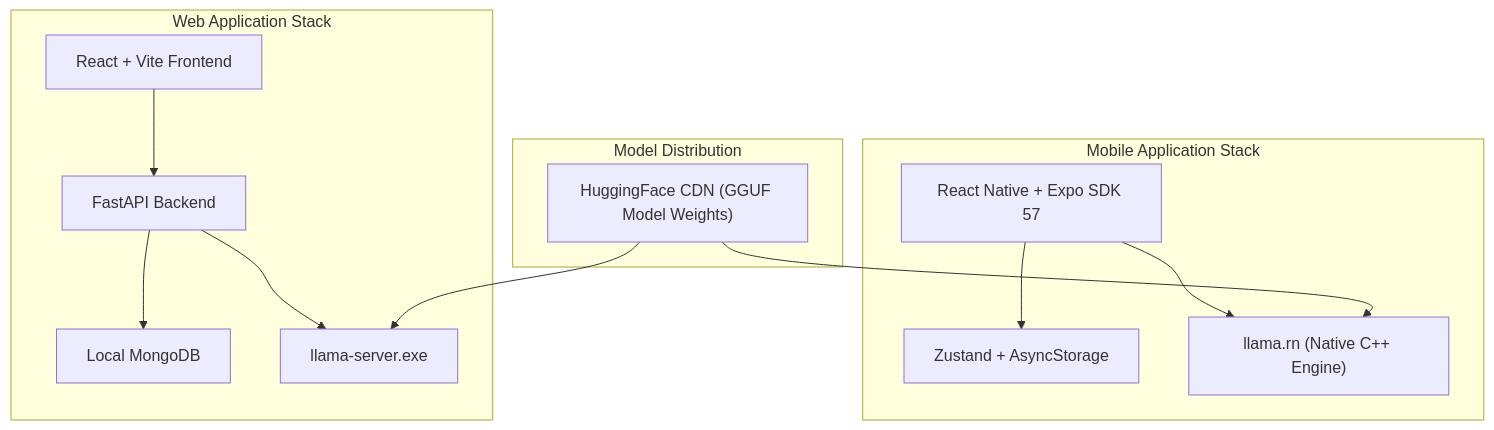
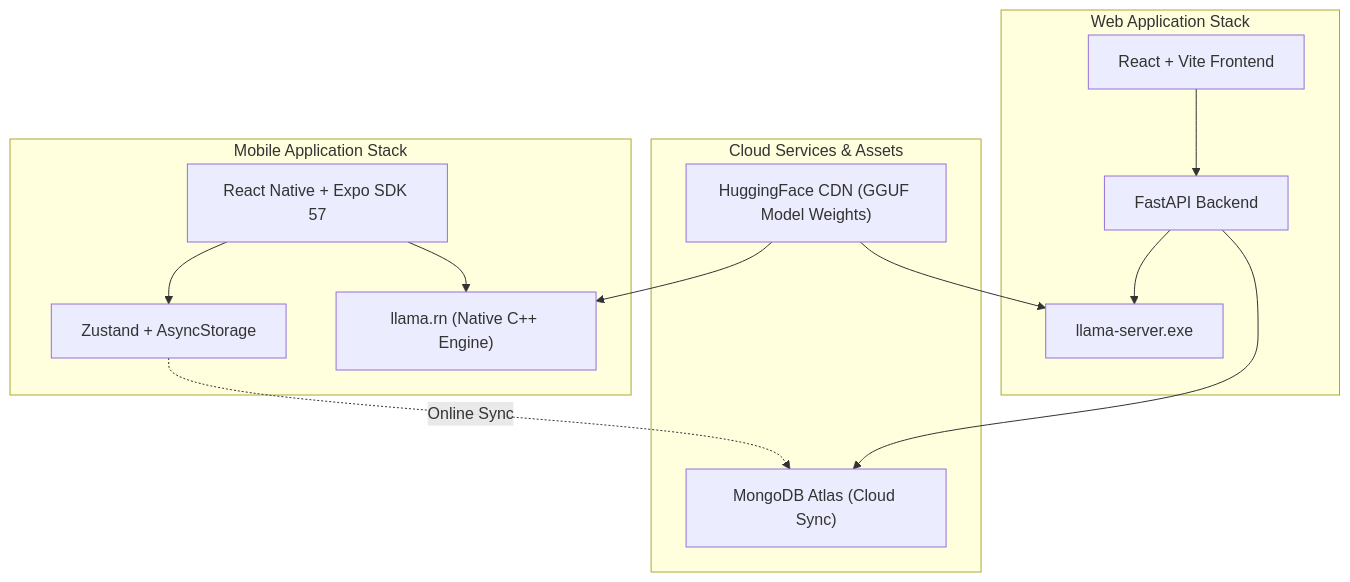
Before and after one commit to ssiddiquiii/car-specialist-gpt: the diagram in README.md, drawn with Mermaid. The commit also changed other lines of this file, not shown here.

Commit message:
docs: update README.md to accurately specify MongoDB Atlas cloud database online sync

````diff
--- a/README.md
+++ b/README.md
@@ -30,29 +31,30 @@
 ```mermaid
 flowchart TD
     subgraph Web_Stack["Web Application Stack"]
         VITE["React + Vite Frontend"]
         FASTAPI["FastAPI Backend"]
-        MONGO["Local MongoDB"]
         LLAMA_SERVER["llama-server.exe"]
         
         VITE --> FASTAPI
-        FASTAPI --> MONGO
         FASTAPI --> LLAMA_SERVER
     end
 
     subgraph Mobile_Stack["Mobile Application Stack"]
         EXPO["React Native + Expo SDK 57"]
         STORE["Zustand + AsyncStorage"]
         LLAMA_RN["llama.rn (Native C++ Engine)"]
         
         EXPO --> STORE
         EXPO --> LLAMA_RN
     end
 
-    subgraph Storage["Model Distribution"]
+    subgraph Storage["Cloud Services & Assets"]
+        MONGO_ATLAS["MongoDB Atlas (Cloud Sync)"]
         HF["HuggingFace CDN (GGUF Model Weights)"]
     end
 
+    FASTAPI --> MONGO_ATLAS
+    STORE -.->|Online Sync| MONGO_ATLAS
     HF --> LLAMA_SERVER
     HF --> LLAMA_RN
 ```
````
